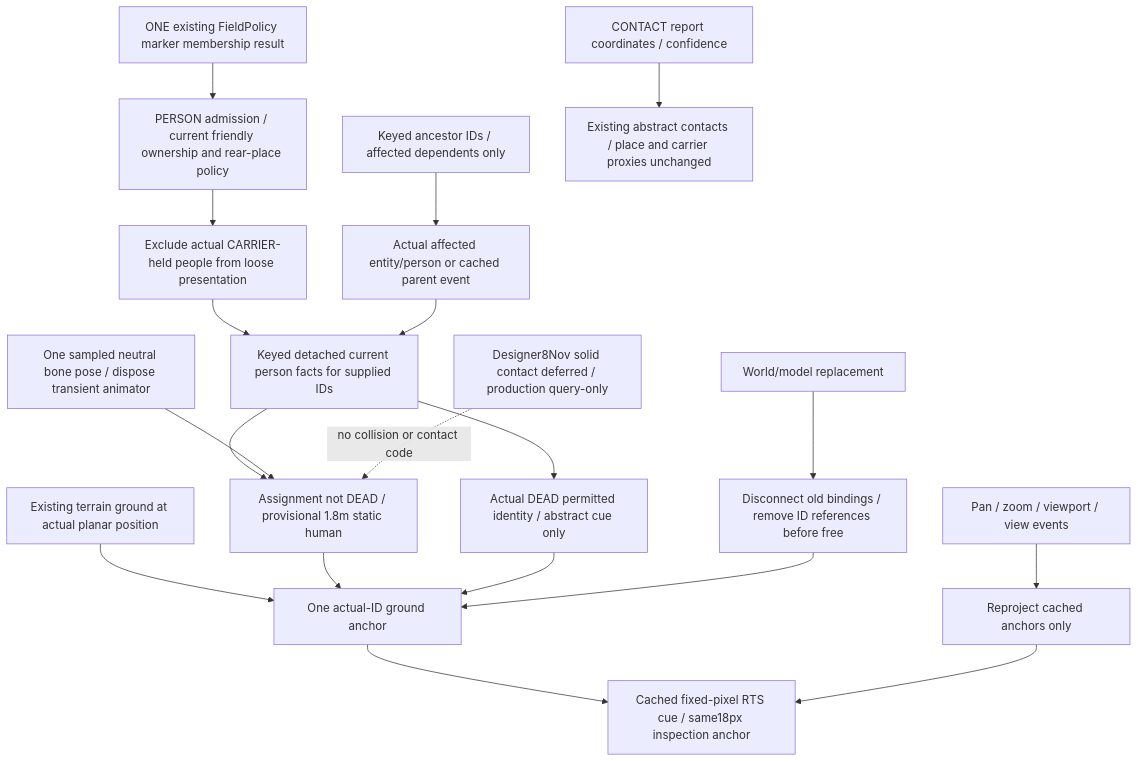
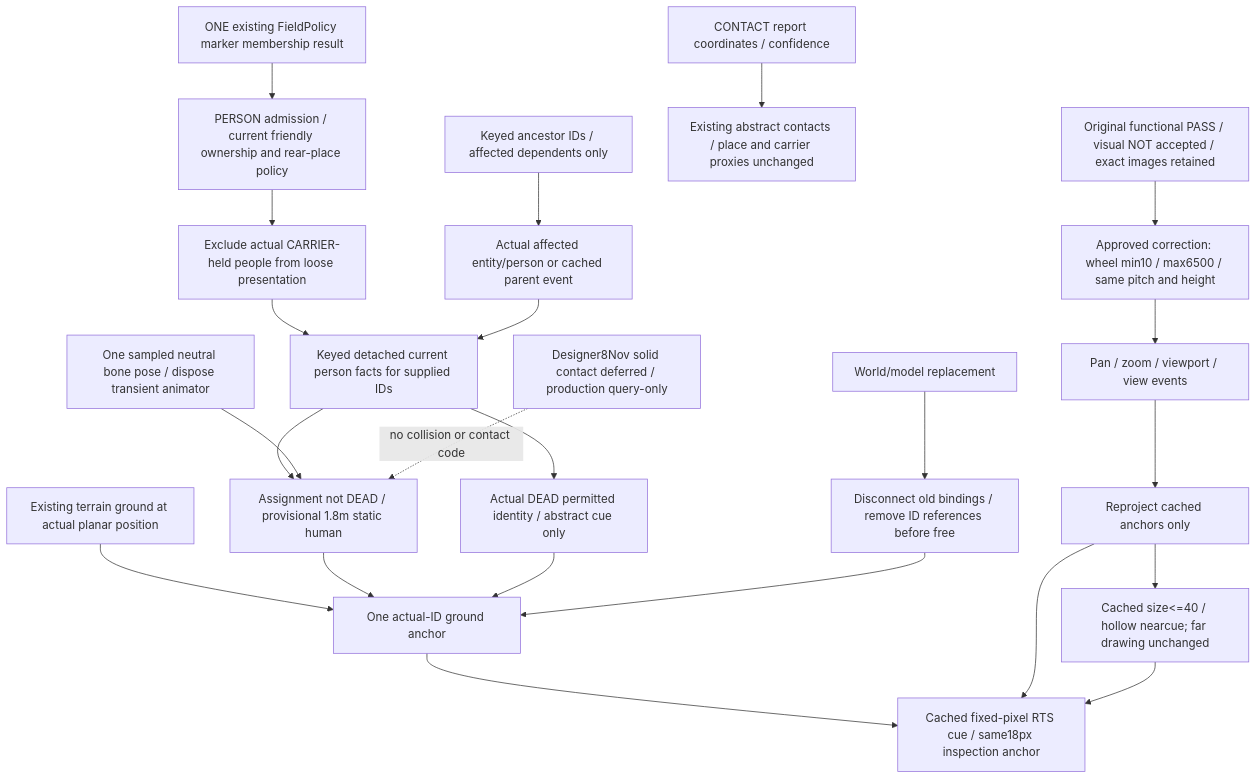
One commit to TheInfinityIQ/Trencho_V4 changed the diagram in docs/diagrams/3d_field_persons.mmd. Above: the diagram before and after it, drawn with Mermaid. The commit also changed 9 other files, not shown here.

```diff
--- a/docs/diagrams/3d_field_persons.mmd
+++ b/docs/diagrams/3d_field_persons.mmd
@@ -1,19 +1,23 @@
 flowchart TD
     Policy[ONE existing FieldPolicy marker membership result] --> Split[PERSON admission / current friendly ownership and rear-place policy]
     Split --> Aboard[Exclude actual CARRIER-held people from loose presentation]
     Aboard --> Facts[Keyed detached current person facts for supplied IDs]
     Facts --> Living[Assignment not DEAD / provisional 1.8m static human]
     Facts --> Nonliving[Actual DEAD permitted identity / abstract cue only]
     Terrain[Existing terrain ground at actual planar position] --> Anchor[One actual-ID ground anchor]
     Living --> Anchor
     Nonliving --> Anchor
     Move[Actual affected entity/person or cached parent event] --> Facts
     Dependencies[Keyed ancestor IDs / affected dependents only] --> Move
     Pose[One sampled neutral bone pose / dispose transient animator] --> Living
     Anchor --> Cue[Cached fixed-pixel RTS cue / same18px inspection anchor]
     Camera[Pan / zoom / viewport / view events] --> Project[Reproject cached anchors only]
     Project --> Cue
     Contact[CONTACT report coordinates / confidence] --> Existing[Existing abstract contacts / place and carrier proxies unchanged]
     Exit[World/model replacement] --> Release[Disconnect old bindings / remove ID references before free]
     Release --> Anchor
     Deferred[Designer8Nov solid contact deferred / production query-only] -. no collision or contact code .-> Living
+    Zoom[Approved correction: wheel min10 / max6500 / same pitch and height] --> Camera
+    Project --> Near[Cached size<=40 / hollow nearcue; far drawing unchanged]
+    Near --> Cue
+    Prior[Original functional PASS / visual NOT accepted / exact images retained] --> Zoom
```
